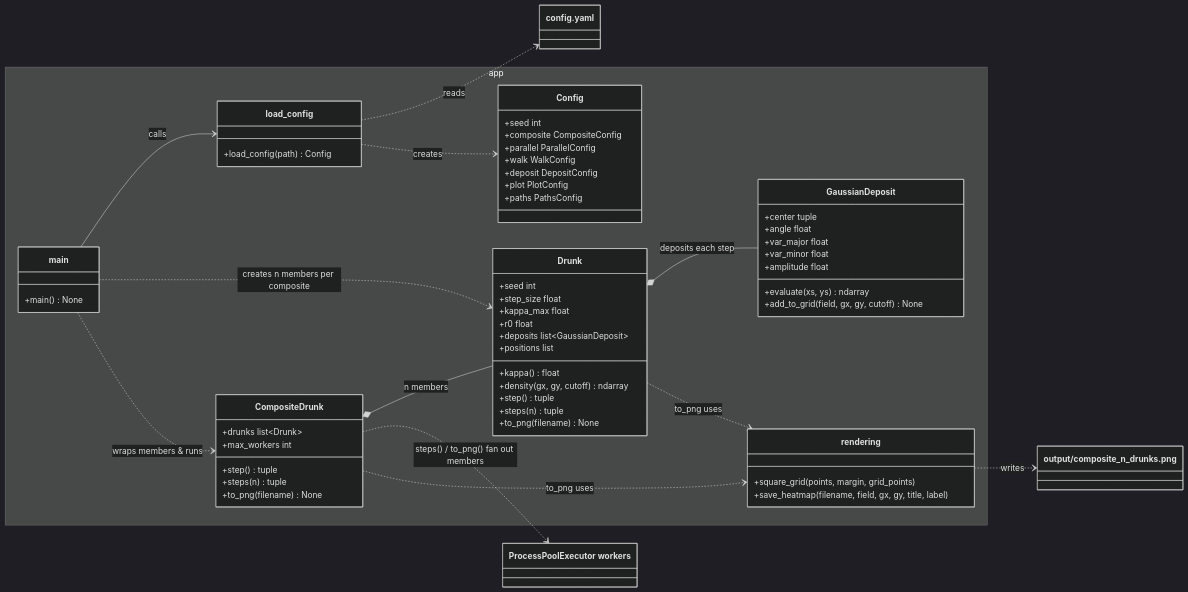
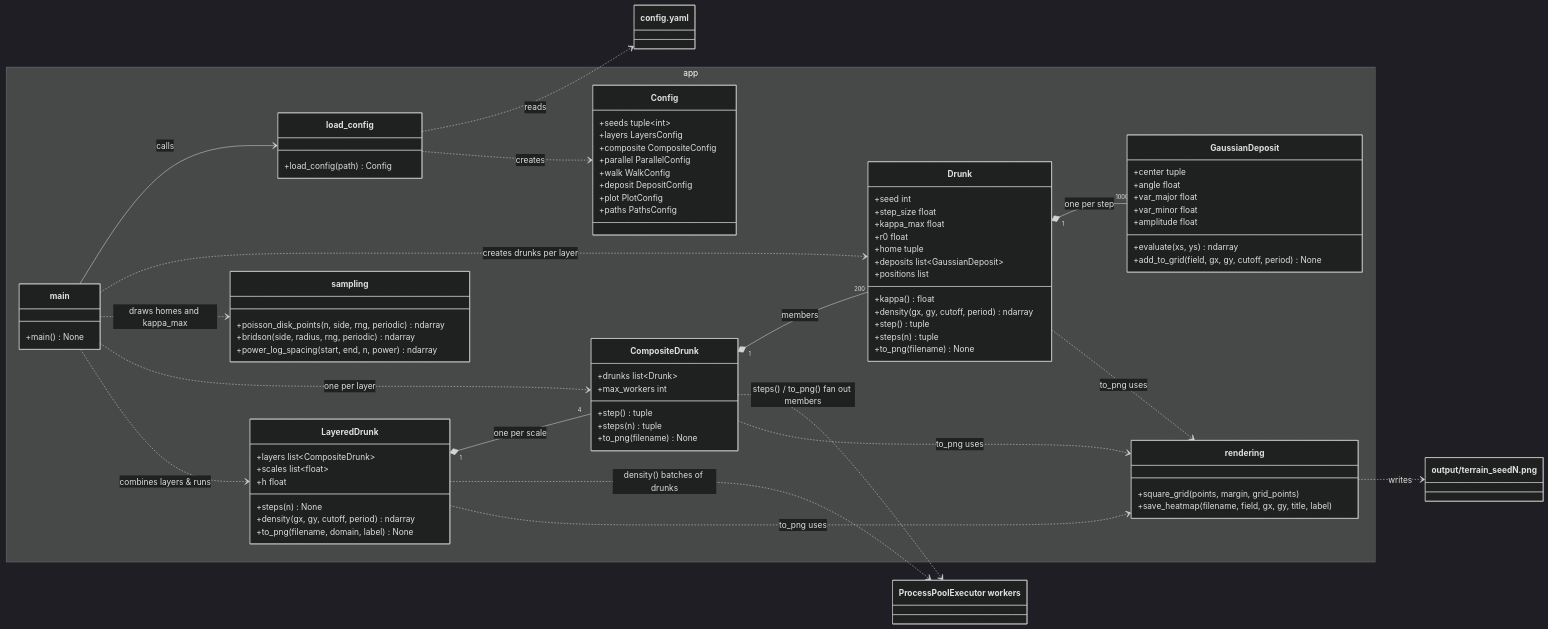
The third of 5 diagrams in README.md (michael-mayo/drunk), drawn with Mermaid (dark theme) before and after one commit. The commit also changed other lines of this file and 26 other files, not shown here.

Commit message:
implemented drunk layering and composition such that end result mimics statistics match natural terrain statistics

```diff
--- a/README.md
+++ b/README.md
@@ -267,10 +482,11 @@
             +step_size float
             +kappa_max float
             +r0 float
+            +home tuple
             +deposits list~GaussianDeposit~
             +positions list
             +kappa() float
-            +density(gx, gy, cutoff) ndarray
+            +density(gx, gy, cutoff, period) ndarray
             +step() tuple
             +steps(n) tuple
             +to_png(filename) None
@@ -282,6 +498,14 @@
             +steps(n) tuple
             +to_png(filename) None
         }
+        class LayeredDrunk {
+            +layers list~CompositeDrunk~
+            +scales list~float~
+            +h float
+            +steps(n) None
+            +density(gx, gy, cutoff, period) ndarray
+            +to_png(filename, domain, label) None
+        }
         class GaussianDeposit {
             +center tuple
             +angle float
@@ -289,7 +513,12 @@
             +var_minor float
             +amplitude float
             +evaluate(xs, ys) ndarray
-            +add_to_grid(field, gx, gy, cutoff) None
+            +add_to_grid(field, gx, gy, cutoff, period) None
+        }
+        class sampling {
+            +poisson_disk_points(n, side, rng, periodic) ndarray
+            +bridson(side, radius, rng, periodic) ndarray
+            +power_log_spacing(start, end, n, power) ndarray
         }
         class rendering {
             +square_grid(points, margin, grid_points)
@@ -299,7 +528,8 @@
             +load_config(path) Config
         }
         class Config {
-            +seed int
+            +seeds tuple~int~
+            +layers LayersConfig
             +composite CompositeConfig
             +parallel ParallelConfig
             +walk WalkConfig
@@ -310,15 +540,20 @@
     }
     class config_yaml["config.yaml"]
     class ProcessPool["ProcessPoolExecutor workers"]
-    class PNG["output/composite_n_drunks.png"]
+    class PNG["output/terrain_seedN.png"]
     main --> load_config : calls
     load_config ..> config_yaml : reads
     load_config ..> Config : creates
-    main ..> Drunk : creates n members per composite
-    main ..> CompositeDrunk : wraps members & runs
-    CompositeDrunk *-- Drunk : n members
+    main ..> Drunk : creates drunks per layer
+    main ..> sampling : draws homes and kappa_max
+    main ..> CompositeDrunk : one per layer
+    main ..> LayeredDrunk : combines layers & runs
+    LayeredDrunk "1" *-- "4" CompositeDrunk : one per scale
+    LayeredDrunk ..> ProcessPool : density() batches of drunks
+    LayeredDrunk ..> rendering : to_png uses
+    CompositeDrunk "1" *-- "200" Drunk : members
     CompositeDrunk ..> ProcessPool : steps() / to_png() fan out members
-    Drunk *-- GaussianDeposit : deposits each step
+    Drunk "1" *-- "1000" GaussianDeposit : one per step
     Drunk ..> rendering : to_png uses
     CompositeDrunk ..> rendering : to_png uses
     rendering ..> PNG : writes
```
